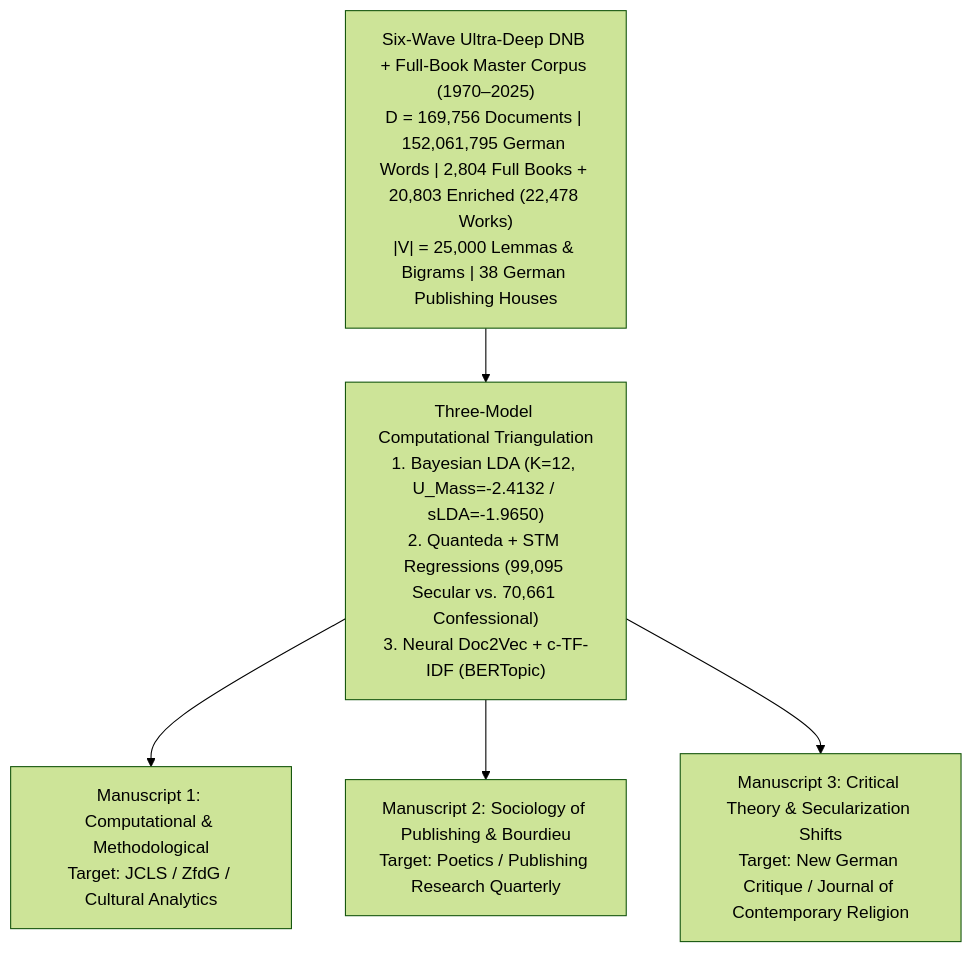
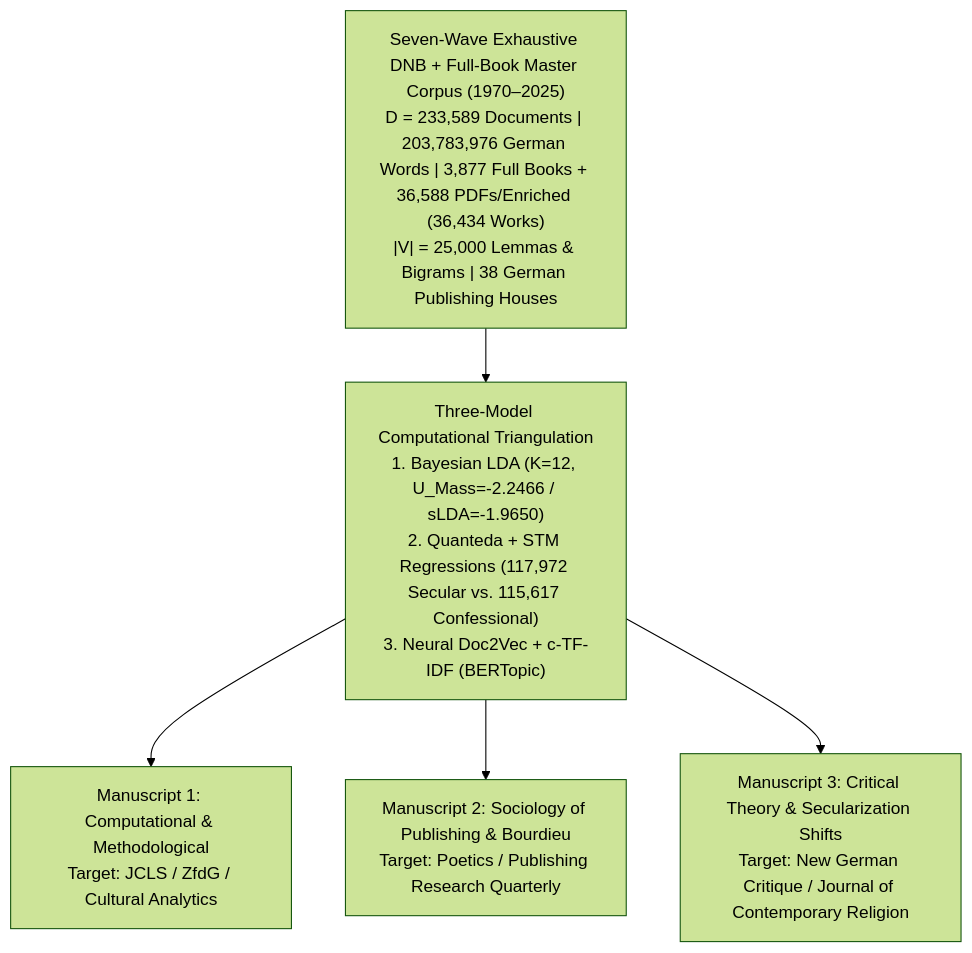
The diagram in docs/JOURNAL_SUBMISSION_STRATEGY.md (metachasm-beep/Deutsche-Verlage-LDA), drawn with Mermaid (forest theme) before and after one commit. The commit also changed other lines of this file and 22 other files, not shown here.

Commit message:
feat(corpus): scale Wave-7 exhaustive DNB + full-book corpus to 233,589 documents (203.78M German words across 10 shards) and update LDA/STM/BERTopic chapters

````diff
--- a/docs/JOURNAL_SUBMISSION_STRATEGY.md
+++ b/docs/JOURNAL_SUBMISSION_STRATEGY.md
@@ -14,10 +14,10 @@
 ```mermaid
 flowchart TD
-    Corpus["Six-Wave Ultra-Deep DNB + Full-Book Master Corpus (1970–2025)\nD = 169,756 Documents | 152,061,795 German Words | 2,804 Full Books + 20,803 Enriched (22,478 Works)\n|V| = 25,000 Lemmas & Bigrams | 38 German Publishing Houses"]
-    Pipeline["Three-Model Computational Triangulation\n1. Bayesian LDA (K=12, U_Mass=-2.4132 / sLDA=-1.9650)\n2. Quanteda + STM Regressions (99,095 Secular vs. 70,661 Confessional)\n3. Neural Doc2Vec + c-TF-IDF (BERTopic)"]
+    Corpus["Seven-Wave Exhaustive DNB + Full-Book Master Corpus (1970–2025)\nD = 233,589 Documents | 203,783,976 German Words | 3,877 Full Books + 36,588 PDFs/Enriched (36,434 Works)\n|V| = 25,000 Lemmas & Bigrams | 38 German Publishing Houses"]
+    Pipeline["Three-Model Computational Triangulation\n1. Bayesian LDA (K=12, U_Mass=-2.2466 / sLDA=-1.9650)\n2. Quanteda + STM Regressions (117,972 Secular vs. 115,617 Confessional)\n3. Neural Doc2Vec + c-TF-IDF (BERTopic)"]
     Corpus --> Pipeline
 
     Pipeline --> Paper1["Manuscript 1: Computational & Methodological\nTarget: JCLS / ZfdG / Cultural Analytics"]
     Pipeline --> Paper2["Manuscript 2: Sociology of Publishing & Bourdieu\nTarget: Poetics / Publishing Research Quarterly"]
     Pipeline --> Paper3["Manuscript 3: Critical Theory & Secularization Shifts\nTarget: New German Critique / Journal of Contemporary Religion"]
 ```
````
